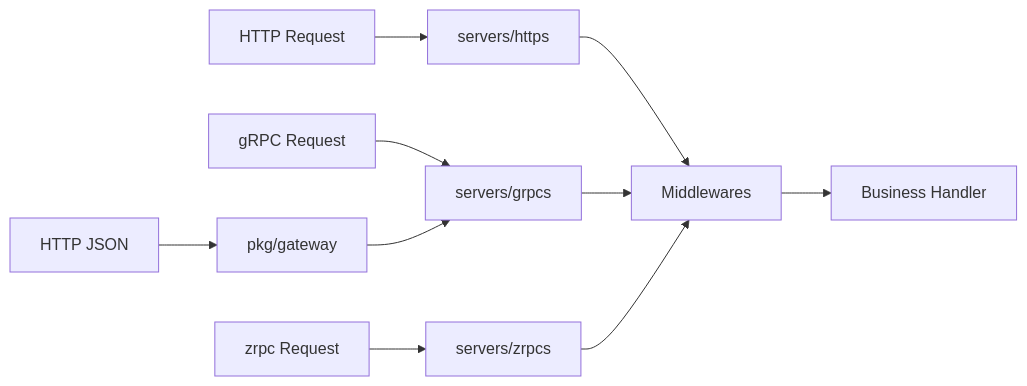
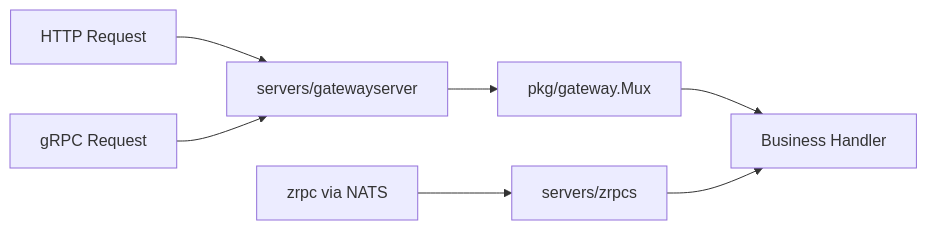
The diagram in docs/modules/servers.md (pubgo/lava), drawn with Mermaid before and after one commit. The commit also changed other lines of this file and 25 other files, not shown here.

First line of the commit message:
Split gatewayserver from grpcs and move zrpc bridge to pkg/zrpcbridge.

````diff
--- a/docs/modules/servers.md
+++ b/docs/modules/servers.md
@@ -37,12 +40,9 @@
 ```mermaid
 flowchart LR
-    Req1[HTTP Request] --> HTTPS[servers/https]
-    Req2[gRPC Request] --> GRPCS[servers/grpcs]
-    Req4[zrpc Request] --> ZRPCS[servers/zrpcs]
-    Req3[HTTP JSON] --> GW[pkg/gateway]
-    GW --> GRPCS
-    HTTPS --> Mid[Middlewares]
-    GRPCS --> Mid
-    ZRPCS --> Mid
-    Mid --> Biz[Business Handler]
+    Req1[HTTP Request] --> GW[servers/gatewayserver]
+    Req2[gRPC Request] --> GW
+    GW --> Mux[pkg/gateway.Mux]
+    Mux --> Biz[Business Handler]
+    Req3[zrpc via NATS] --> ZRPCS[servers/zrpcs]
+    ZRPCS --> Biz
 ```
````
